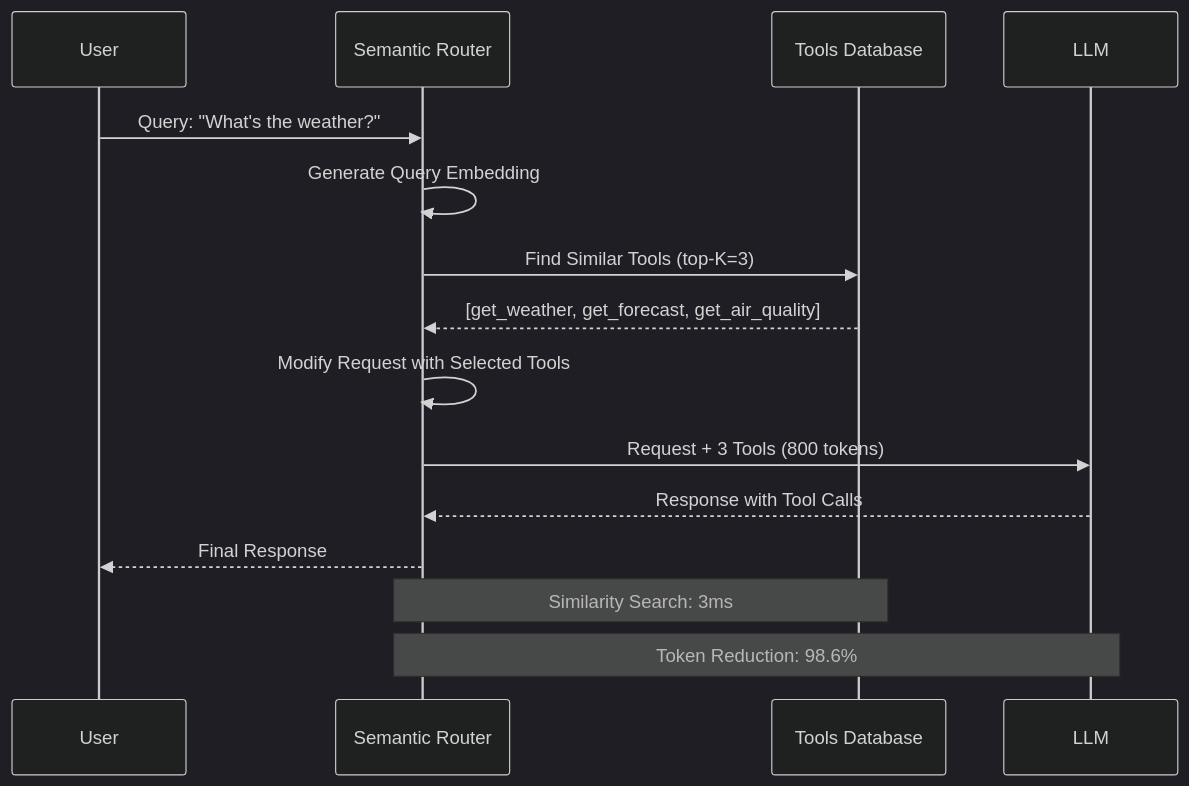
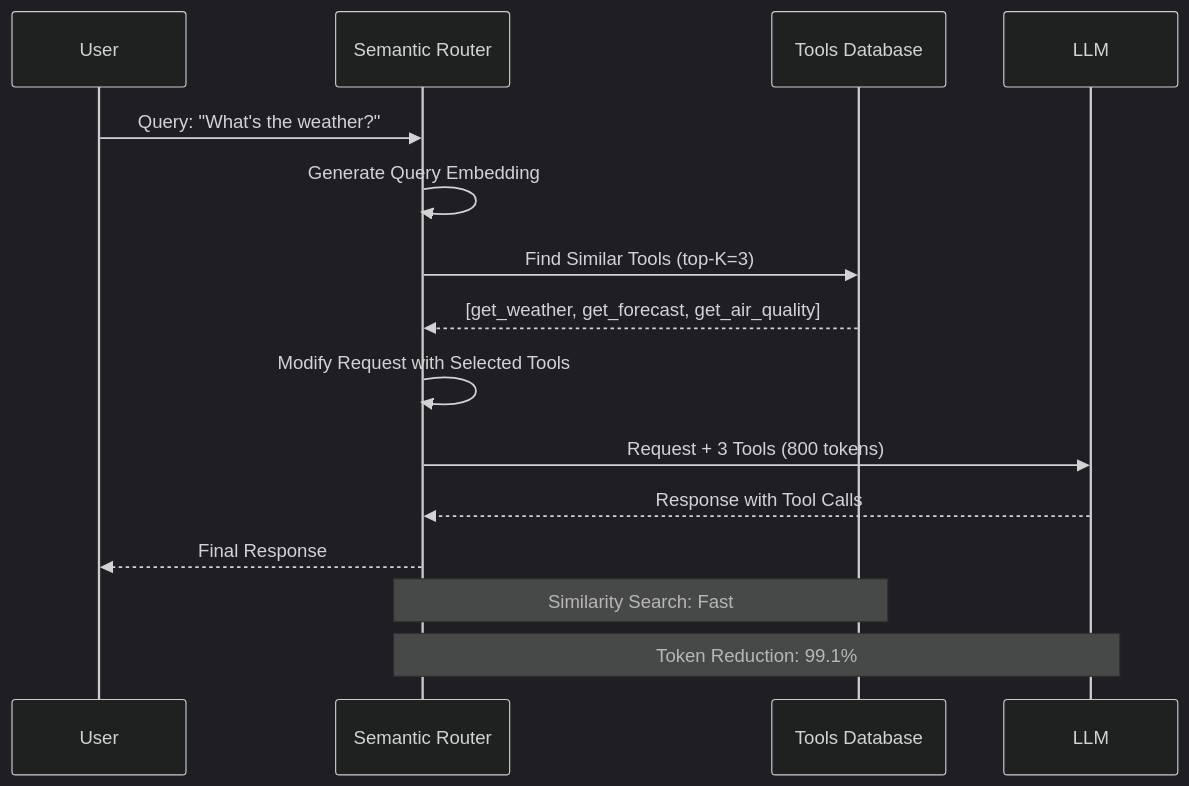
The third of 5 diagrams in website/blog/2025-11-07-semantic-tool-selection.md (vllm-project/semantic-router), drawn with Mermaid (dark theme) before and after one commit. The commit also changed other lines of this file, not shown here.

````diff
--- a/website/blog/2025-11-07-semantic-tool-selection.md
+++ b/website/blog/2025-11-07-semantic-tool-selection.md
@@ -428,19 +428,19 @@
 ```mermaid
 sequenceDiagram
     participant User
     participant Router as Semantic Router
     participant ToolDB as Tools Database
     participant LLM
 
     User->>Router: Query: "What's the weather?"
     Router->>Router: Generate Query Embedding
     Router->>ToolDB: Find Similar Tools (top-K=3)
     ToolDB-->>Router: [get_weather, get_forecast, get_air_quality]
     Router->>Router: Modify Request with Selected Tools
     Router->>LLM: Request + 3 Tools (800 tokens)
     LLM-->>Router: Response with Tool Calls
     Router-->>User: Final Response
 
-    Note over Router,ToolDB: Similarity Search: 3ms
-    Note over Router,LLM: Token Reduction: 98.6%
+    Note over Router,ToolDB: Similarity Search: Fast
+    Note over Router,LLM: Token Reduction: 99.1%
 ```
````
